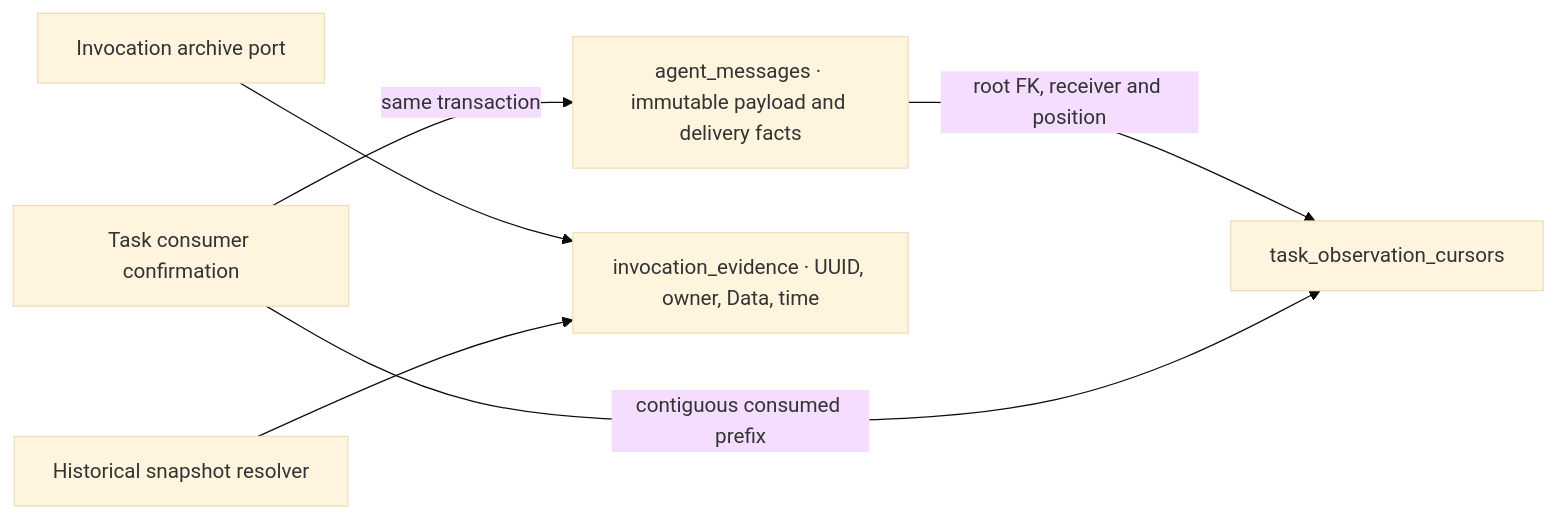
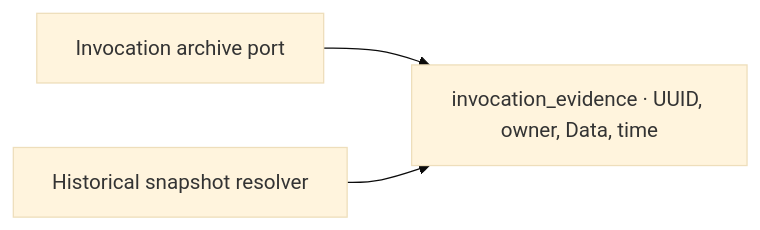
One commit to devilyouwei/MobileHarness changed the fourth of 4 diagrams in MobileHarness/Storage/Database/README.md. Above: the diagram before and after it, drawn with Mermaid (base theme). The commit also changed other lines of this file and 164 other files, not shown here.

````diff
--- a/MobileHarness/Storage/Database/README.md
+++ b/MobileHarness/Storage/Database/README.md
@@ -270,8 +263,5 @@
 ```mermaid
 flowchart LR
-    Messages[agent_messages · immutable payload and delivery facts] -->|root FK, receiver and position| Cursors[task_observation_cursors]
-    Consumer[Task consumer confirmation] -->|same transaction| Messages
-    Consumer -->|contiguous consumed prefix| Cursors
     Snapshots[Invocation archive port] --> Evidence[invocation_evidence · UUID, owner, Data, time]
     Replay[Historical snapshot resolver] --> Evidence
 ```
````
